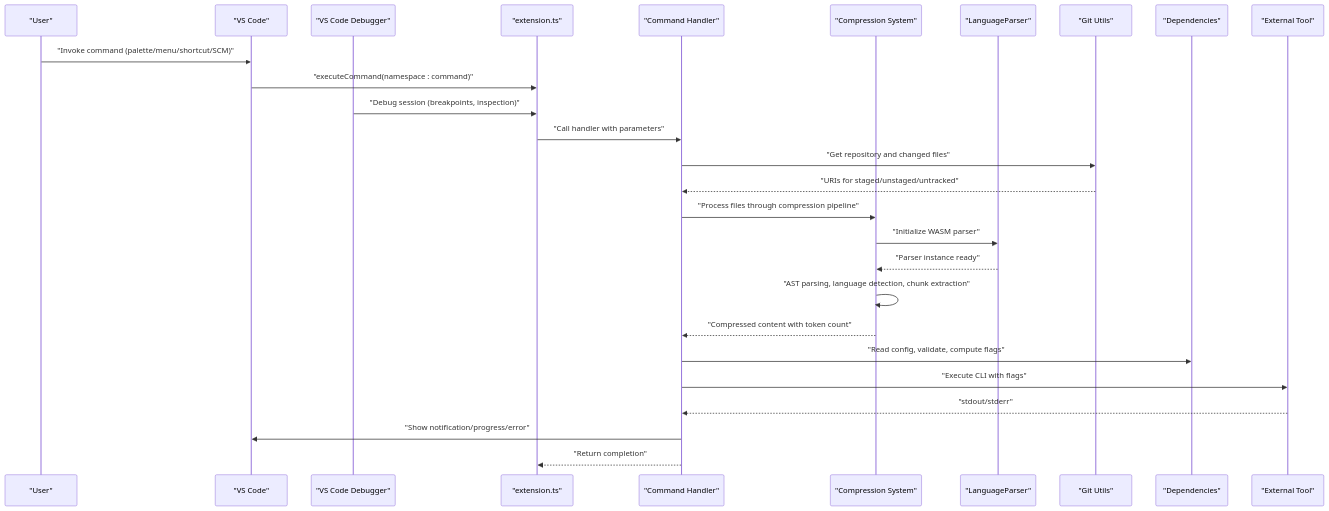
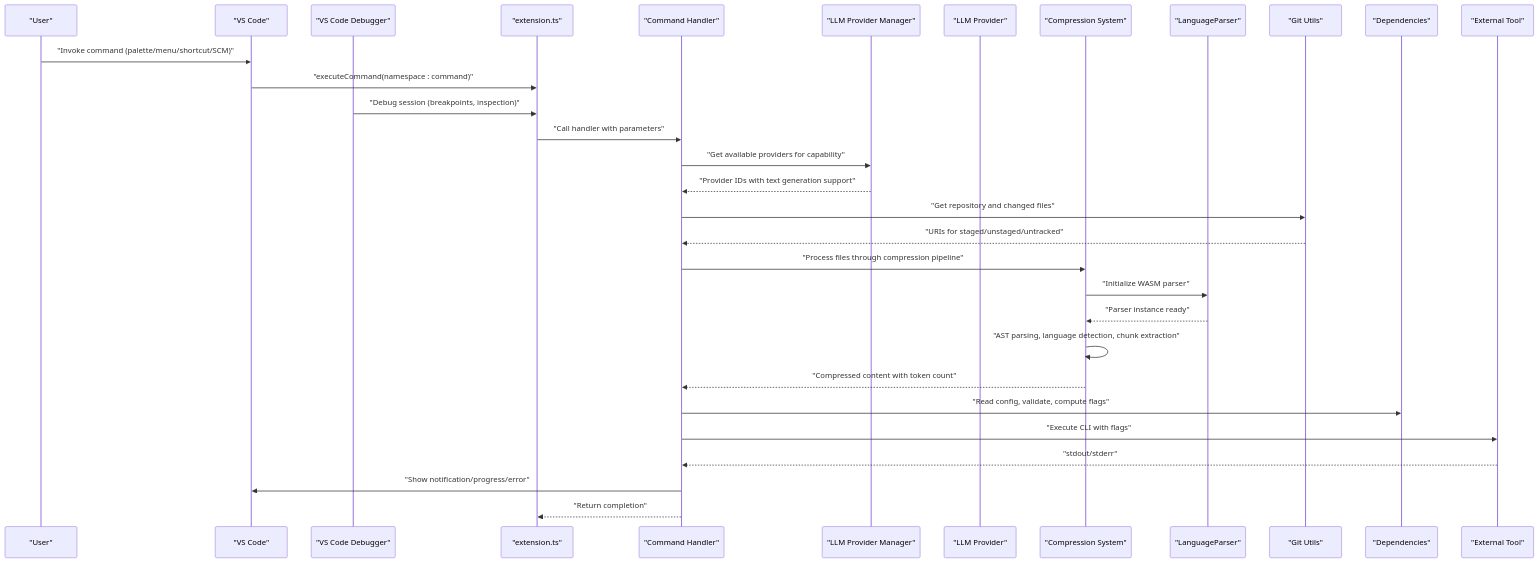
One commit to bramburn/repomix-runner changed the second of 7 diagrams in .qoder/repowiki/en/content/Command System/Command System.md. Above: the diagram before and after it, drawn with Mermaid. The commit also changed other lines of this file and 41 other files, not shown here.

````diff
--- a/.qoder/repowiki/en/content/Command System/Command System.md
+++ b/.qoder/repowiki/en/content/Command System/Command System.md
@@ -178,29 +197,33 @@
 ```mermaid
 sequenceDiagram
 participant User as "User"
 participant VSCode as "VS Code"
 participant Debugger as "VS Code Debugger"
 participant Ext as "extension.ts"
 participant Cmd as "Command Handler"
+participant LLM as "LLM Provider Manager"
+participant Provider as "LLM Provider"
 participant Comp as "Compression System"
 participant Parser as "LanguageParser"
 participant Git as "Git Utils"
 participant Deps as "Dependencies"
 participant Tool as "External Tool"
 User->>VSCode : "Invoke command (palette/menu/shortcut/SCM)"
 VSCode->>Ext : "executeCommand(namespace : command)"
 Debugger->>Ext : "Debug session (breakpoints, inspection)"
 Ext->>Cmd : "Call handler with parameters"
+Cmd->>LLM : "Get available providers for capability"
+LLM-->>Cmd : "Provider IDs with text generation support"
 Cmd->>Git : "Get repository and changed files"
 Git-->>Cmd : "URIs for staged/unstaged/untracked"
 Cmd->>Comp : "Process files through compression pipeline"
 Comp->>Parser : "Initialize WASM parser"
 Parser-->>Comp : "Parser instance ready"
 Comp->>Comp : "AST parsing, language detection, chunk extraction"
 Comp-->>Cmd : "Compressed content with token count"
 Cmd->>Deps : "Read config, validate, compute flags"
 Cmd->>Tool : "Execute CLI with flags"
 Tool-->>Cmd : "stdout/stderr"
 Cmd->>VSCode : "Show notification/progress/error"
 Cmd-->>Ext : "Return completion"
 ```
````
